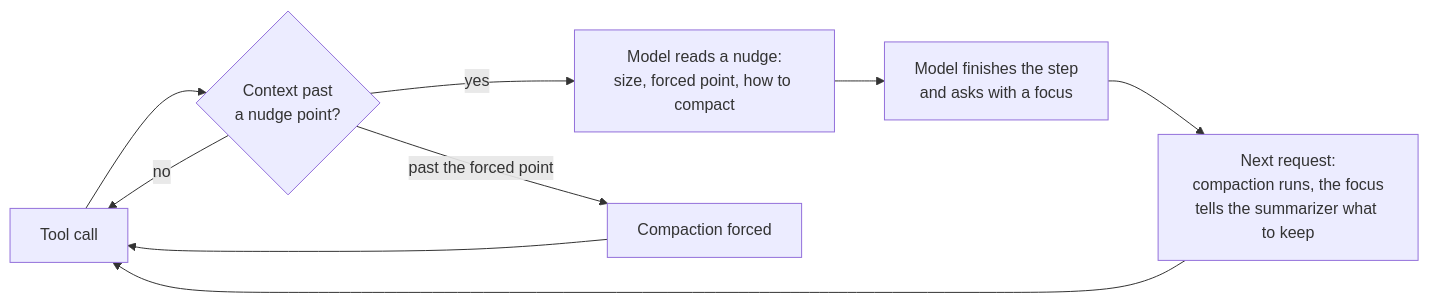
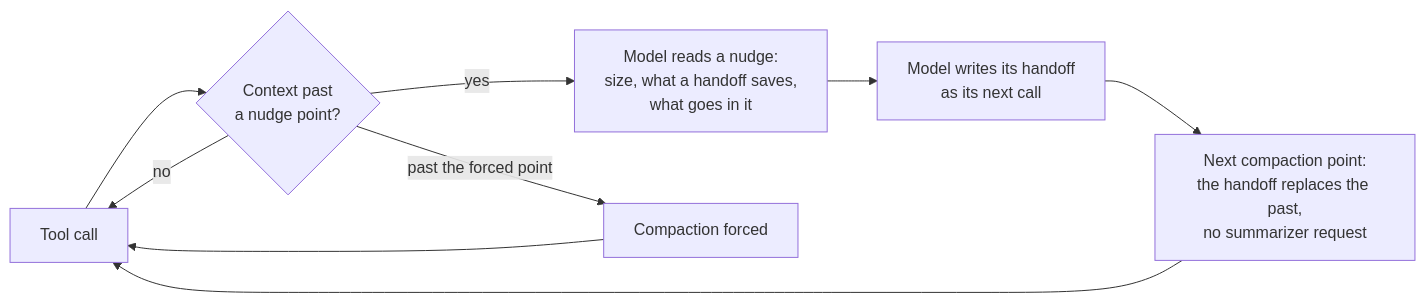
Before and after one commit to rezzminator/forward-compaction: the diagram in README.md, drawn with Mermaid. The commit also changed other lines of this file and 15 other files, not shown here.

First line of the commit message:
feat(handoff): a model hands off with its own text and no summarizer runs; the compact tool moves behind compactTool

````diff
--- a/README.md
+++ b/README.md
@@ -100,11 +100,11 @@
 ```mermaid
 flowchart LR
     A[Tool call] --> B{Context past<br/>a nudge point?}
     B -- no --> A
-    B -- yes --> C[Model reads a nudge:<br/>size, forced point, how to compact]
-    C --> D[Model finishes the step<br/>and asks with a focus]
-    D --> E[Next request:<br/>compaction runs, the focus<br/>tells the summarizer what to keep]
+    B -- yes --> C[Model reads a nudge:<br/>size, what a handoff saves,<br/>what goes in it]
+    C --> D[Model writes its handoff<br/>as its next call]
+    D --> E[Next compaction point:<br/>the handoff replaces the past,<br/>no summarizer request]
     E --> A
     B -- past the forced point --> F[Compaction forced]
     F --> A
 ```
````
